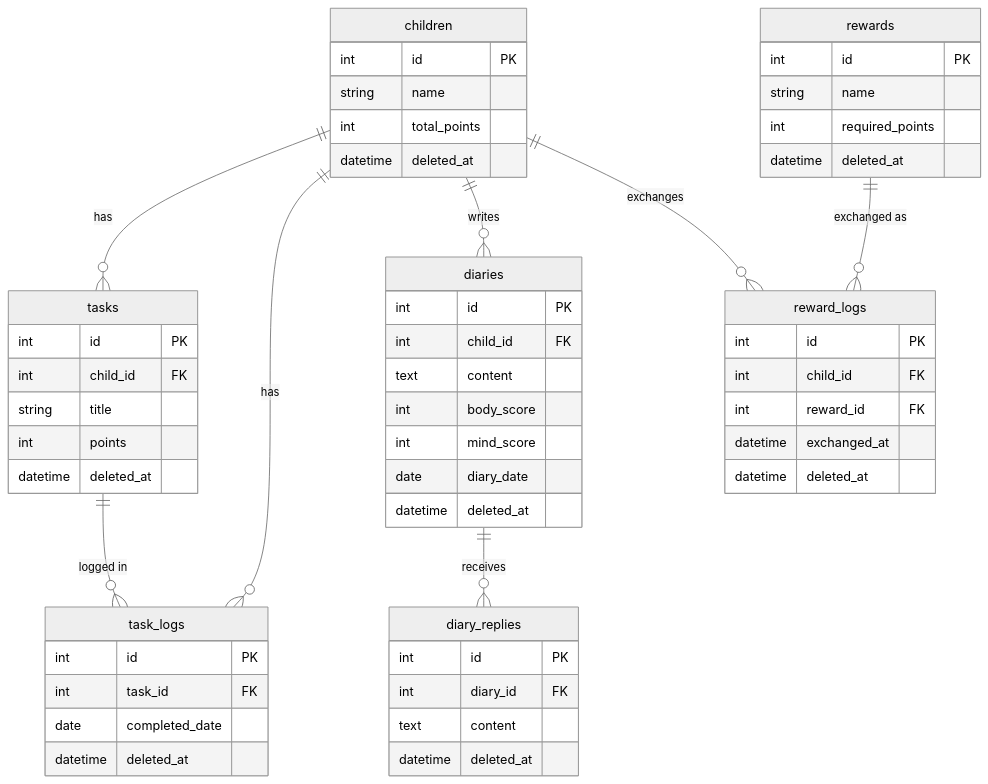
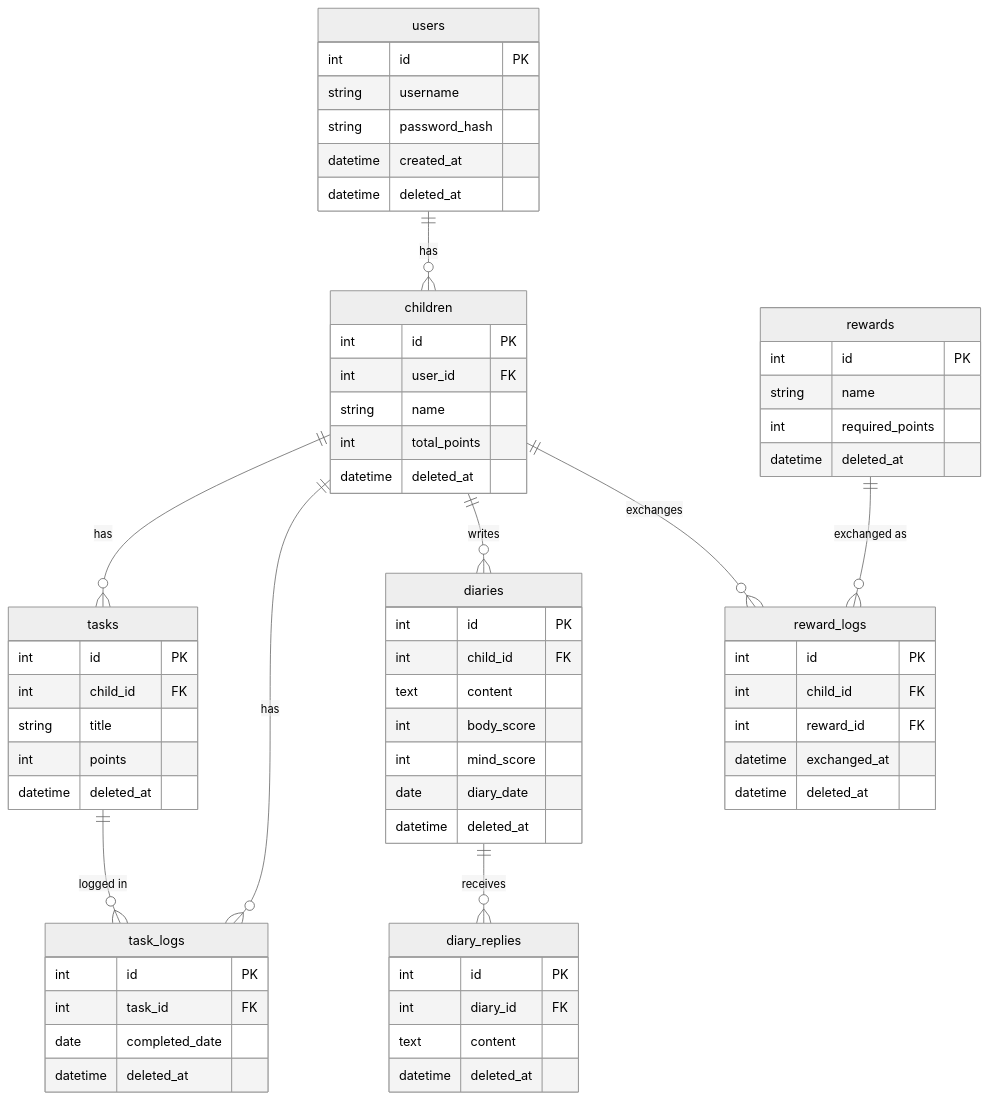
The diagram in docs/er_diagram.md (aya-k-o/dekitasuku), drawn with Mermaid (neutral theme) before and after one commit. The commit also changed other lines of this file and 5 other files, not shown here.

````diff
--- a/docs/er_diagram.md
+++ b/docs/er_diagram.md
@@ -5,64 +5,74 @@
 ```mermaid
 erDiagram
+    users ||--o{ children : "has"
     children ||--o{ tasks : "has"
     children ||--o{ task_logs : "has"
     children ||--o{ diaries : "writes"
     children ||--o{ reward_logs : "exchanges"
     tasks ||--o{ task_logs : "logged in"
     diaries ||--o{ diary_replies : "receives"
     rewards ||--o{ reward_logs : "exchanged as"
 
+    users {
+        int id PK
+        string username
+        string password_hash
+        datetime created_at
+        datetime deleted_at
+    }
+
     children {
         int id PK
+        int user_id FK
         string name
         int total_points
         datetime deleted_at
     }
 
     tasks {
         int id PK
         int child_id FK
         string title
         int points
         datetime deleted_at
     }
 
     task_logs {
         int id PK
         int task_id FK
         date completed_date
         datetime deleted_at
     }
 
     diaries {
         int id PK
         int child_id FK
         text content
         int body_score
         int mind_score
         date diary_date
         datetime deleted_at
     }
 
     diary_replies {
         int id PK
         int diary_id FK
         text content
         datetime deleted_at
     }
 
     rewards {
         int id PK
         string name
         int required_points
         datetime deleted_at
     }
 
     reward_logs {
         int id PK
         int child_id FK
         int reward_id FK
         datetime exchanged_at
         datetime deleted_at
     }
 ```
````
